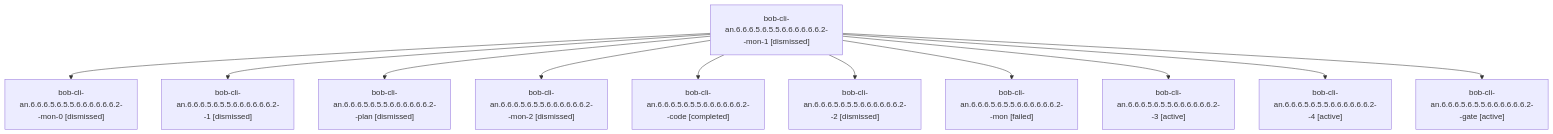
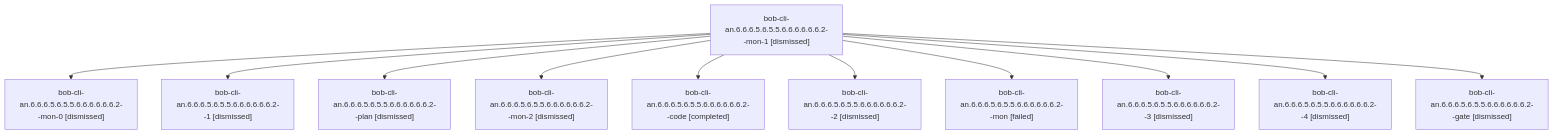
The diagram in sessions/bbugyi200.athena.bob-cli-an.6.6.6.5.6.5.5.6.6.6.6.6.6.2.md (bobs-org/bob-cli--agents), drawn with Mermaid before and after one commit. The commit also changed other lines of this file and 557 other files, not shown here.

````diff
--- a/sessions/bbugyi200.athena.bob-cli-an.6.6.6.5.6.5.5.6.6.6.6.6.6.2.md
+++ b/sessions/bbugyi200.athena.bob-cli-an.6.6.6.5.6.5.5.6.6.6.6.6.6.2.md
@@ -9,24 +9,24 @@
 ```mermaid
 flowchart TD
   n0["bob-cli-an.6.6.6.5.6.5.5.6.6.6.6.6.6.2--mon-1 [dismissed]"]
   n1["bob-cli-an.6.6.6.5.6.5.5.6.6.6.6.6.6.2--mon-0 [dismissed]"]
   n0 --> n1
   n2["bob-cli-an.6.6.6.5.6.5.5.6.6.6.6.6.6.2--1 [dismissed]"]
   n0 --> n2
   n3["bob-cli-an.6.6.6.5.6.5.5.6.6.6.6.6.6.2--plan [dismissed]"]
   n0 --> n3
   n4["bob-cli-an.6.6.6.5.6.5.5.6.6.6.6.6.6.2--mon-2 [dismissed]"]
   n0 --> n4
   n5["bob-cli-an.6.6.6.5.6.5.5.6.6.6.6.6.6.2--code [completed]"]
   n0 --> n5
   n6["bob-cli-an.6.6.6.5.6.5.5.6.6.6.6.6.6.2--2 [dismissed]"]
   n0 --> n6
   n7["bob-cli-an.6.6.6.5.6.5.5.6.6.6.6.6.6.2--mon [failed]"]
   n0 --> n7
-  n8["bob-cli-an.6.6.6.5.6.5.5.6.6.6.6.6.6.2--3 [active]"]
+  n8["bob-cli-an.6.6.6.5.6.5.5.6.6.6.6.6.6.2--3 [dismissed]"]
   n0 --> n8
-  n9["bob-cli-an.6.6.6.5.6.5.5.6.6.6.6.6.6.2--4 [active]"]
+  n9["bob-cli-an.6.6.6.5.6.5.5.6.6.6.6.6.6.2--4 [dismissed]"]
   n0 --> n9
-  n10["bob-cli-an.6.6.6.5.6.5.5.6.6.6.6.6.6.2--gate [active]"]
+  n10["bob-cli-an.6.6.6.5.6.5.5.6.6.6.6.6.6.2--gate [dismissed]"]
   n0 --> n10
 ```
````
